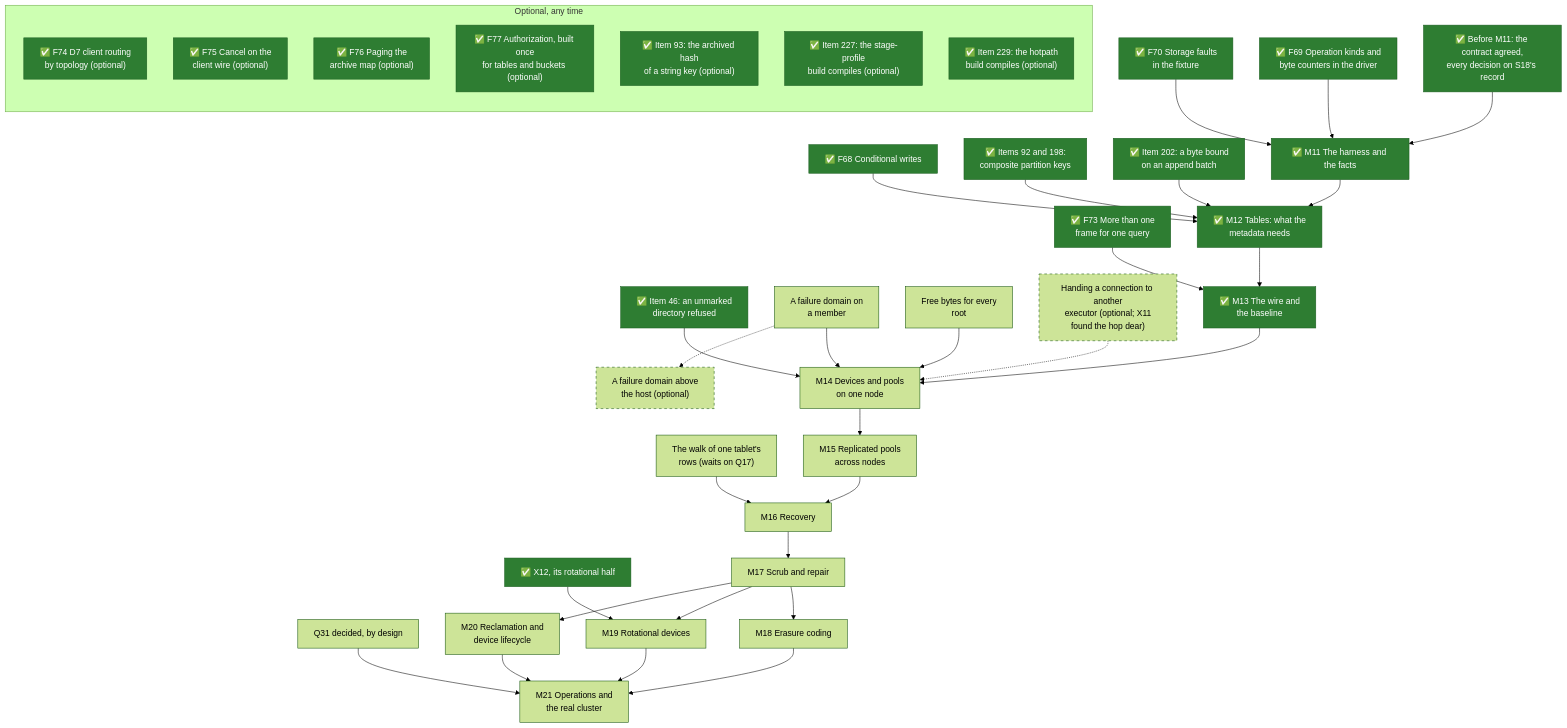
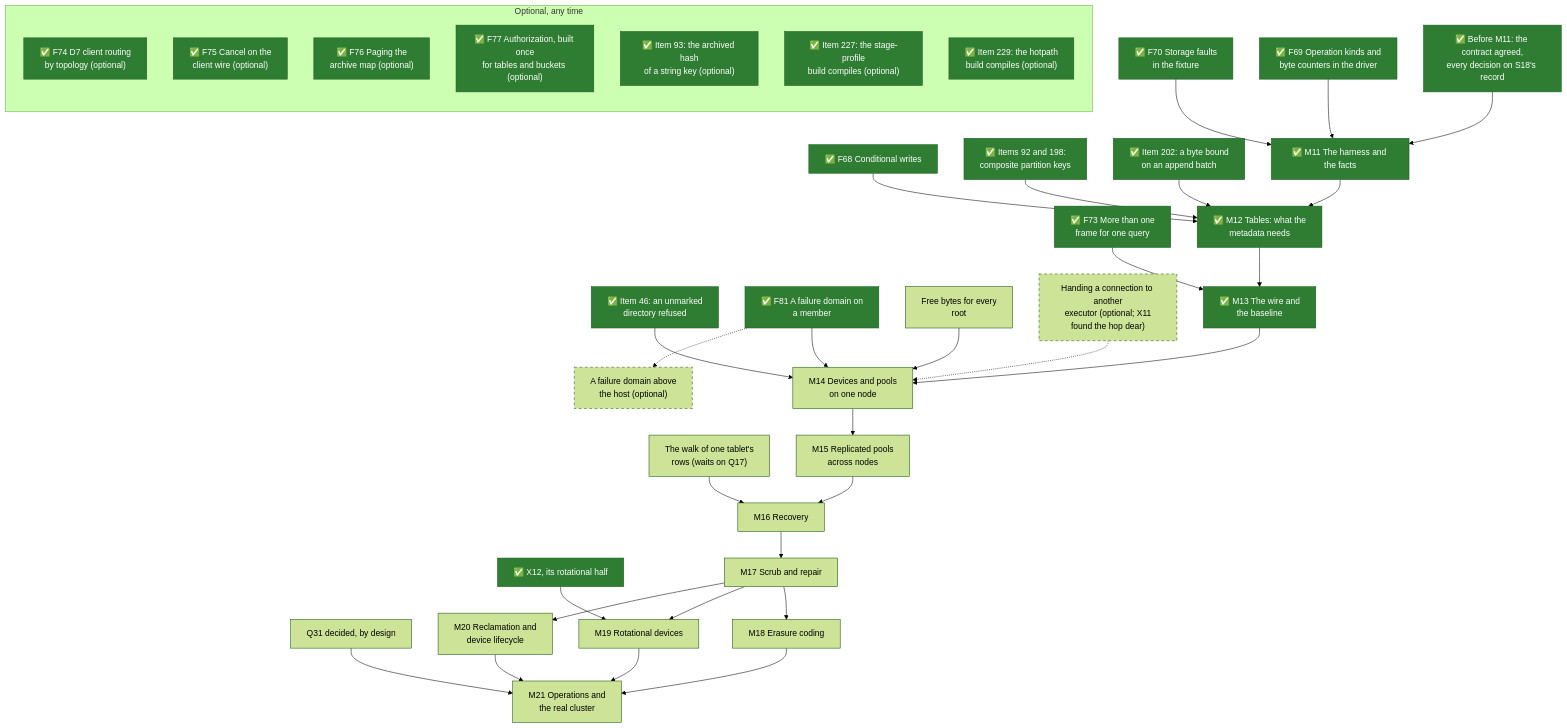
Before and after one commit to mjcarson/shoal: the second of 2 diagrams in docs/src/object-storage/whats-left-todo.md, drawn with Mermaid (forest theme). The commit also changed other lines of this file and 47 other files, not shown here.

````diff
--- a/docs/src/object-storage/whats-left-todo.md
+++ b/docs/src/object-storage/whats-left-todo.md
@@ -143,59 +145,59 @@
 ```mermaid
 flowchart TB
     classDef done fill:#2e7d32,stroke:#1b5e20,color:#ffffff
     classDef optional stroke-dasharray: 5 5
     Gate["✅ Before M11: the contract agreed,<br>every decision on S18's record"]:::done
     F69["✅ F69 Operation kinds and<br>byte counters in the driver"]:::done
     F70["✅ F70 Storage faults<br>in the fixture"]:::done
     F68["✅ F68 Conditional writes"]:::done
     I198["✅ Items 92 and 198:<br>composite partition keys"]:::done
     I202["✅ Item 202: a byte bound<br>on an append batch"]:::done
     I46["✅ Item 46: an unmarked<br>directory refused"]:::done
     Frames["✅ F73 More than one<br>frame for one query"]:::done
-    Domain["A failure domain on<br>a member"]
+    Domain["✅ F81 A failure domain on<br>a member"]:::done
     Free["Free bytes for every<br>root"]
     Walk["The walk of one tablet's<br>rows (waits on Q17)"]
     Handoff["Handing a connection to another<br>executor (optional; X11<br>found the hop dear)"]:::optional
     Rack["A failure domain above<br>the host (optional)"]:::optional
     X12r["✅ X12, its rotational half"]:::done
     Q31["Q31 decided, by design"]
     M11["✅ M11 The harness and the facts"]:::done
     M12["✅ M12 Tables: what the<br>metadata needs"]:::done
     M13["✅ M13 The wire and<br>the baseline"]:::done
     M14["M14 Devices and pools<br>on one node"]
     M15["M15 Replicated pools<br>across nodes"]
     M16["M16 Recovery"]
     M17["M17 Scrub and repair"]
     M18["M18 Erasure coding"]
     M19["M19 Rotational devices"]
     M20["M20 Reclamation and<br>device lifecycle"]
     M21["M21 Operations and<br>the real cluster"]
     Gate --> M11 --> M12 --> M13 --> M14 --> M15 --> M16 --> M17
     M17 --> M18 --> M21
     M17 --> M19 --> M21
     M17 --> M20 --> M21
     F69 --> M11
     F70 --> M11
     F68 --> M12
     I198 --> M12
     I202 --> M12
     Frames --> M13
     I46 --> M14
     Domain --> M14
     Free --> M14
     Handoff -.-> M14
     Domain -.-> Rack
     Walk --> M16
     X12r --> M19
     Q31 --> M21
     subgraph anytime["Optional, any time"]
         direction TB
         D7["✅ F74 D7 client routing<br>by topology (optional)"]:::done
         Cancel["✅ F75 Cancel on the<br>client wire (optional)"]:::done
         Paging["✅ F76 Paging the<br>archive map (optional)"]:::done
         Authz["✅ F77 Authorization, built once<br>for tables and buckets (optional)"]:::done
         I93["✅ Item 93: the archived hash<br>of a string key (optional)"]:::done
         I227["✅ Item 227: the stage-profile<br>build compiles (optional)"]:::done
         I229["✅ Item 229: the hotpath<br>build compiles (optional)"]:::done
     end
 ```
````
